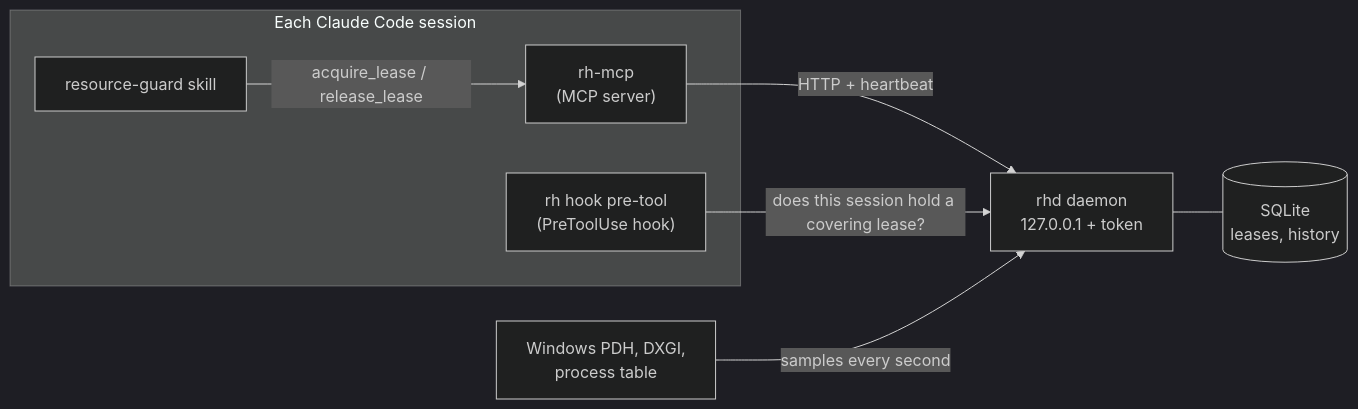
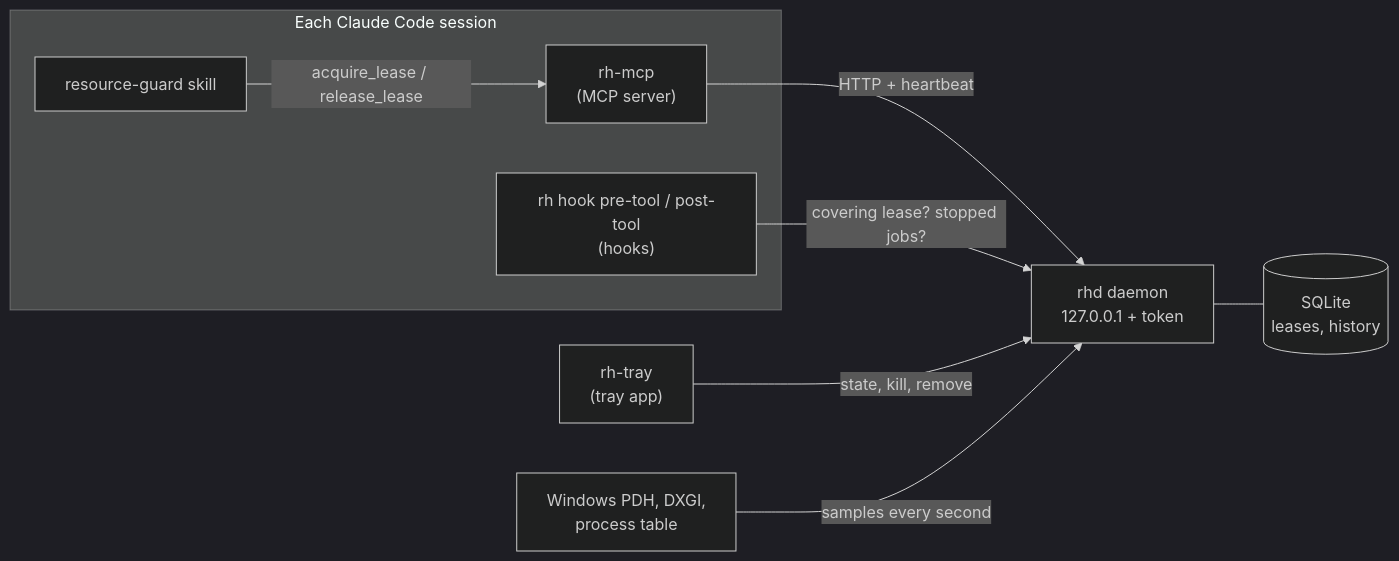
Before and after one commit to meh7an/allot: the diagram in README.md, drawn with Mermaid (dark theme). The commit also changed other lines of this file and 35 other files, not shown here.

Commit message:
Add setup.exe that installs the tray app and sets up Claude Code

````diff
--- a/README.md
+++ b/README.md
@@ -25,17 +26,19 @@
 ```mermaid
 flowchart LR
     subgraph session["Each Claude Code session"]
         skill["resource-guard skill"]
         mcp["rh-mcp<br/>(MCP server)"]
-        hook["rh hook pre-tool<br/>(PreToolUse hook)"]
+        hook["rh hook pre-tool / post-tool<br/>(hooks)"]
     end
+    tray["rh-tray<br/>(tray app)"]
     rhd["rhd daemon<br/>127.0.0.1 + token"]
     db[("SQLite<br/>leases, history")]
     os["Windows PDH, DXGI,<br/>process table"]
 
     skill -- "acquire_lease / release_lease" --> mcp
     mcp -- "HTTP + heartbeat" --> rhd
-    hook -- "does this session hold a covering lease?" --> rhd
+    hook -- "covering lease? stopped jobs?" --> rhd
+    tray -- "state, kill, remove" --> rhd
     rhd --- db
     os -- "samples every second" --> rhd
 ```
````
